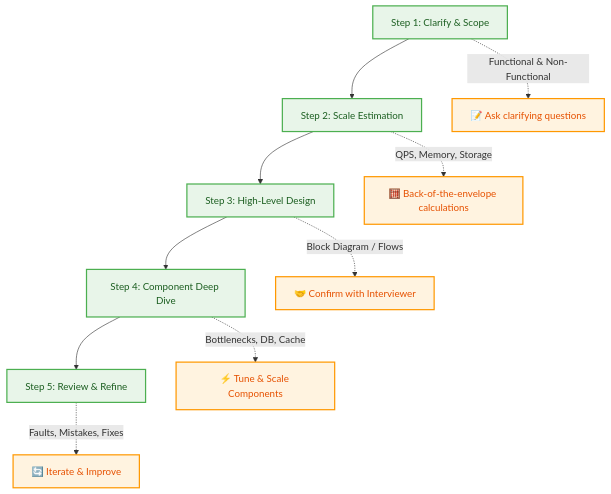
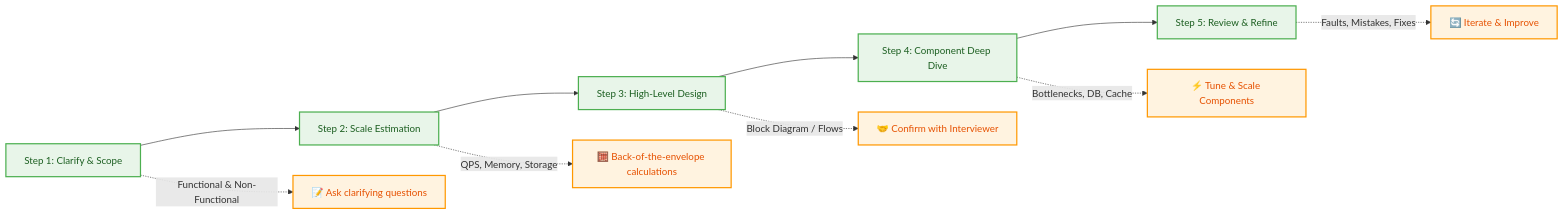
The diagram in basics/05_interview_steps.md (PKRacha/system-design), drawn with Mermaid before and after one commit.

Commit message:
fix: change roadmap flowchart direction to Left-to-Right

````diff
--- a/basics/05_interview_steps.md
+++ b/basics/05_interview_steps.md
@@ -11,21 +11,21 @@
 ```mermaid
-graph TD
+graph LR
     %% Define Styles
     classDef step fill:#e8f5e9,stroke:#4caf50,stroke-width:2px,color:#1b5e20;
     classDef action fill:#fff3e0,stroke:#ff9800,stroke-width:2px,color:#e65100;
     
     Step1["Step 1: Clarify & Scope"] --> Step2["Step 2: Scale Estimation"]
     Step2 --> Step3["Step 3: High-Level Design"]
     Step3 --> Step4["Step 4: Component Deep Dive"]
     Step4 --> Step5["Step 5: Review & Refine"]
     
     %% Details
     Step1 -.->|"Functional & Non-Functional"| Act1["📝 Ask clarifying questions"]
     Step2 -.->|"QPS, Memory, Storage"| Act2["🧮 Back-of-the-envelope calculations"]
     Step3 -.->|"Block Diagram / Flows"| Act3["🤝 Confirm with Interviewer"]
     Step4 -.->|"Bottlenecks, DB, Cache"| Act4["⚡ Tune & Scale Components"]
     Step5 -.->|"Faults, Mistakes, Fixes"| Act5["🔄 Iterate & Improve"]
     
     class Step1,Step2,Step3,Step4,Step5 step;
     class Act1,Act2,Act3,Act4,Act5 action;
 ```
````
